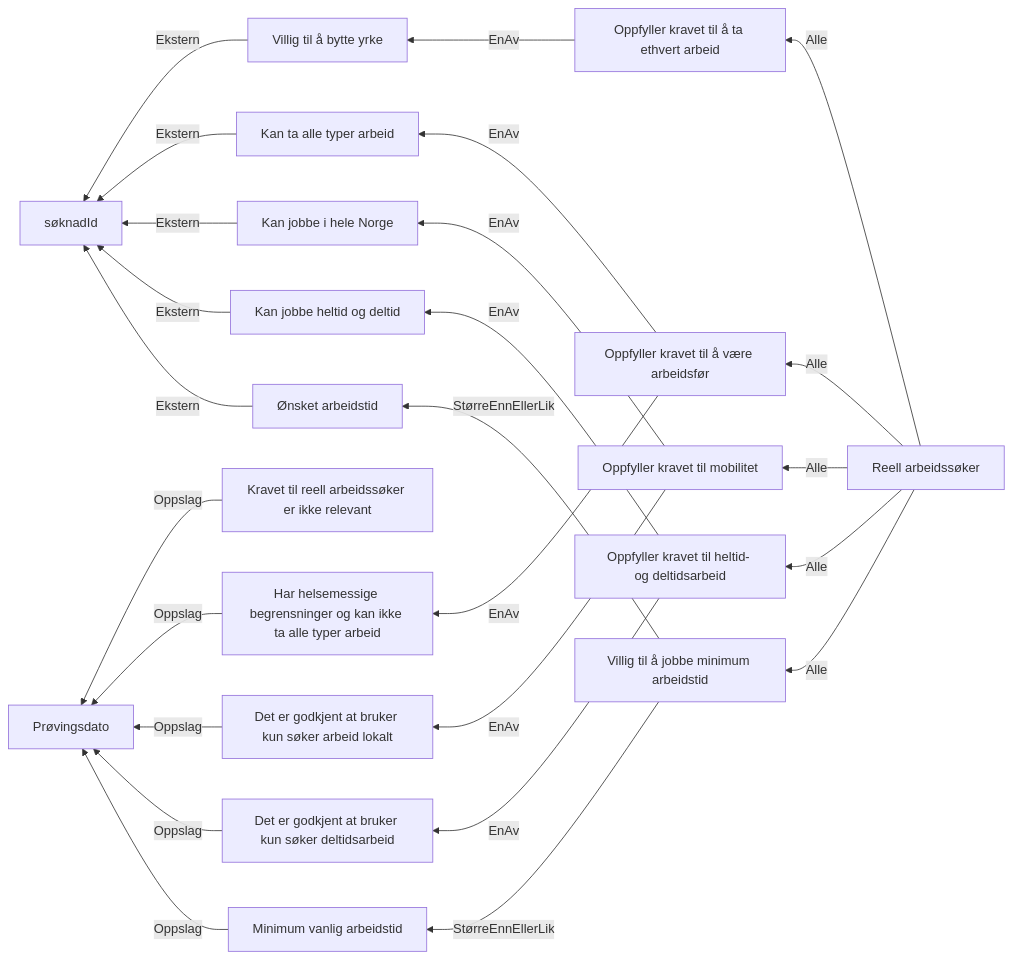
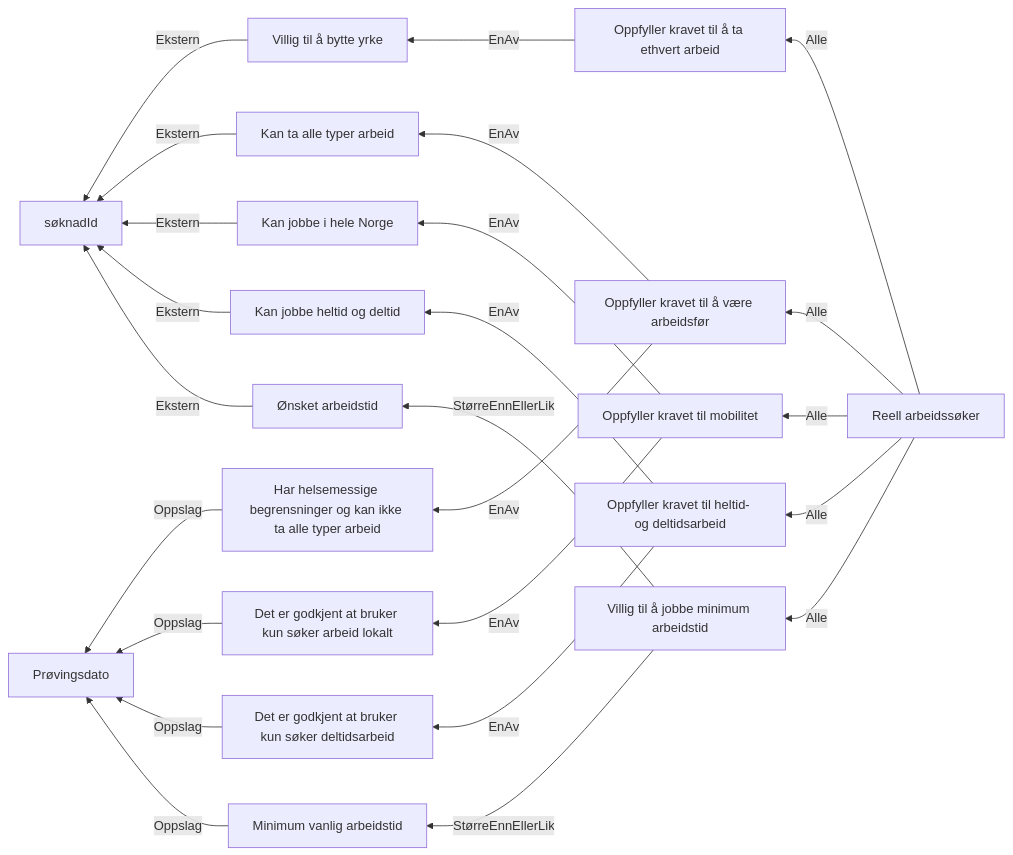
The diagram in docs/regler/§ 4-5. Reelle arbeidssøkere.approved.md (navikt/dp-behandling), drawn with Mermaid before and after one commit. The commit also changed 17 other files, not shown here.

Commit message:
Endre på hvordan vi styrer om vilkåret for reell arbeidssøker skal være med i vurderingen av retten til dagpenger

````diff
--- a/docs/regler/§ 4-5. Reelle arbeidssøkere.approved.md
+++ b/docs/regler/§ 4-5. Reelle arbeidssøkere.approved.md
@@ -5,27 +5,26 @@
 ```mermaid
 graph RL
   A["Ønsket arbeidstid"] -->|"Ekstern"| B["søknadId"]
   C["Minimum vanlig arbeidstid"] -->|"Oppslag"| D["Prøvingsdato"]
   E["Villig til å jobbe minimum arbeidstid"] -->|"StørreEnnEllerLik"| A["Ønsket arbeidstid"]
   E["Villig til å jobbe minimum arbeidstid"] -->|"StørreEnnEllerLik"| C["Minimum vanlig arbeidstid"]
   F["Kan jobbe heltid og deltid"] -->|"Ekstern"| B["søknadId"]
   G["Det er godkjent at bruker kun søker deltidsarbeid"] -->|"Oppslag"| D["Prøvingsdato"]
   H["Kan jobbe i hele Norge"] -->|"Ekstern"| B["søknadId"]
   I["Det er godkjent at bruker kun søker arbeid lokalt"] -->|"Oppslag"| D["Prøvingsdato"]
   J["Kan ta alle typer arbeid"] -->|"Ekstern"| B["søknadId"]
   K["Har helsemessige begrensninger og kan ikke ta alle typer arbeid"] -->|"Oppslag"| D["Prøvingsdato"]
   L["Villig til å bytte yrke"] -->|"Ekstern"| B["søknadId"]
   M["Oppfyller kravet til heltid- og deltidsarbeid"] -->|"EnAv"| F["Kan jobbe heltid og deltid"]
   M["Oppfyller kravet til heltid- og deltidsarbeid"] -->|"EnAv"| G["Det er godkjent at bruker kun søker deltidsarbeid"]
   N["Oppfyller kravet til mobilitet"] -->|"EnAv"| H["Kan jobbe i hele Norge"]
   N["Oppfyller kravet til mobilitet"] -->|"EnAv"| I["Det er godkjent at bruker kun søker arbeid lokalt"]
   O["Oppfyller kravet til å være arbeidsfør"] -->|"EnAv"| J["Kan ta alle typer arbeid"]
   O["Oppfyller kravet til å være arbeidsfør"] -->|"EnAv"| K["Har helsemessige begrensninger og kan ikke ta alle typer arbeid"]
   P["Oppfyller kravet til å ta ethvert arbeid"] -->|"EnAv"| L["Villig til å bytte yrke"]
   Q["Reell arbeidssøker"] -->|"Alle"| E["Villig til å jobbe minimum arbeidstid"]
   Q["Reell arbeidssøker"] -->|"Alle"| M["Oppfyller kravet til heltid- og deltidsarbeid"]
   Q["Reell arbeidssøker"] -->|"Alle"| N["Oppfyller kravet til mobilitet"]
   Q["Reell arbeidssøker"] -->|"Alle"| O["Oppfyller kravet til å være arbeidsfør"]
   Q["Reell arbeidssøker"] -->|"Alle"| P["Oppfyller kravet til å ta ethvert arbeid"]
-  R["Kravet til reell arbeidssøker er ikke relevant"] -->|"Oppslag"| D["Prøvingsdato"]
 ```
````
